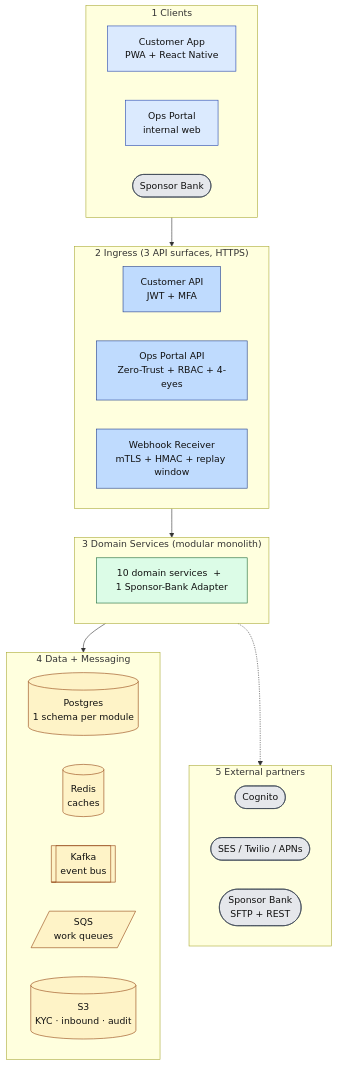
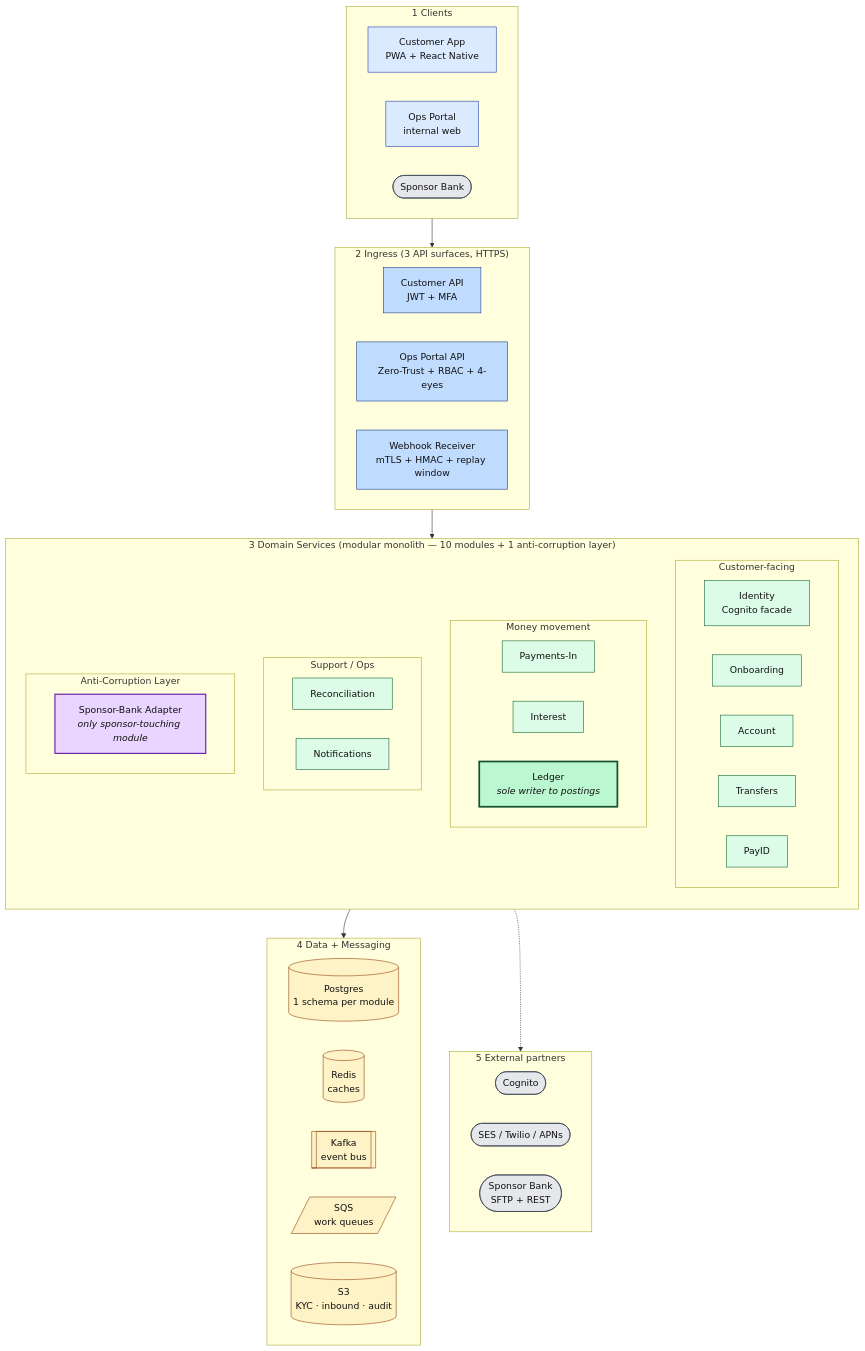
The first of 6 diagrams in docs/09-internal-system-architecture.md (BaroPhan/velo-arch), drawn with Mermaid before and after one commit. The commit also changed other lines of this file, not shown here.

Commit message:
docs: expand services in Diagram 1 and add Diagram 2 'everything at a glance' (comprehensive, ~20 arrows)

````diff
--- a/docs/09-internal-system-architecture.md
+++ b/docs/09-internal-system-architecture.md
@@ -55,46 +55,70 @@
 ```mermaid
 flowchart TB
     subgraph L1["1  Clients"]
       direction LR
       C1[Customer App<br/>PWA + React Native]:::cli
       C2[Ops Portal<br/>internal web]:::cli
       C3([Sponsor Bank]):::ext
     end
 
     subgraph L2["2  Ingress  (3 API surfaces, HTTPS)"]
       direction LR
       A1[Customer API<br/>JWT + MFA]:::ing
       A2[Ops Portal API<br/>Zero-Trust + RBAC + 4-eyes]:::ing
       A3[Webhook Receiver<br/>mTLS + HMAC + replay window]:::ing
     end
 
-    subgraph L3["3  Domain Services  (modular monolith)"]
-      direction LR
-      S[10 domain services  +  1 Sponsor-Bank Adapter]:::svc
+    subgraph L3["3  Domain Services  (modular monolith — 10 modules + 1 anti-corruption layer)"]
+      direction TB
+      subgraph L3a["Customer-facing"]
+        direction LR
+        S1[Identity<br/>Cognito facade]:::svc
+        S2[Onboarding]:::svc
+        S3[Account]:::svc
+        S4[Transfers]:::svc
+        S5[PayID]:::svc
+      end
+      subgraph L3b["Money movement"]
+        direction LR
+        S6[Payments-In]:::svc
+        S7[Interest]:::svc
+        S8[Ledger<br/><i>sole writer to postings</i>]:::hub
+      end
+      subgraph L3c["Support / Ops"]
+        direction LR
+        S9[Reconciliation]:::svc
+        S10[Notifications]:::svc
+      end
+      subgraph L3d["Anti-Corruption Layer"]
+        direction LR
+        SB[Sponsor-Bank Adapter<br/><i>only sponsor-touching module</i>]:::acl
+      end
     end
 
     subgraph L4["4  Data + Messaging"]
       direction LR
       D1[(Postgres<br/>1 schema per module)]:::data
       D2[(Redis<br/>caches)]:::data
       D3[[Kafka<br/>event bus]]:::data
       D4[/SQS<br/>work queues/]:::data
       D5[(S3<br/>KYC · inbound · audit)]:::data
     end
 
     subgraph L5["5  External partners"]
       direction LR
       E1([Cognito]):::ext
       E2([SES / Twilio / APNs]):::ext
       E3([Sponsor Bank<br/>SFTP + REST]):::ext
     end
 
     L1 --> L2 --> L3 --> L4
     L3 -.-> L5
 
     classDef cli fill:#dbeafe,stroke:#1e40af,color:#111
     classDef ing fill:#bfdbfe,stroke:#1e3a8a,color:#111
     classDef svc fill:#dcfce7,stroke:#166534,color:#111
+    classDef hub fill:#bbf7d0,stroke:#14532d,color:#111,stroke-width:3px
+    classDef acl fill:#e9d5ff,stroke:#6b21a8,color:#111,stroke-width:2px
     classDef data fill:#fef3c7,stroke:#92400e,color:#111
     classDef ext fill:#e5e7eb,stroke:#374151,color:#111
 ```
````
